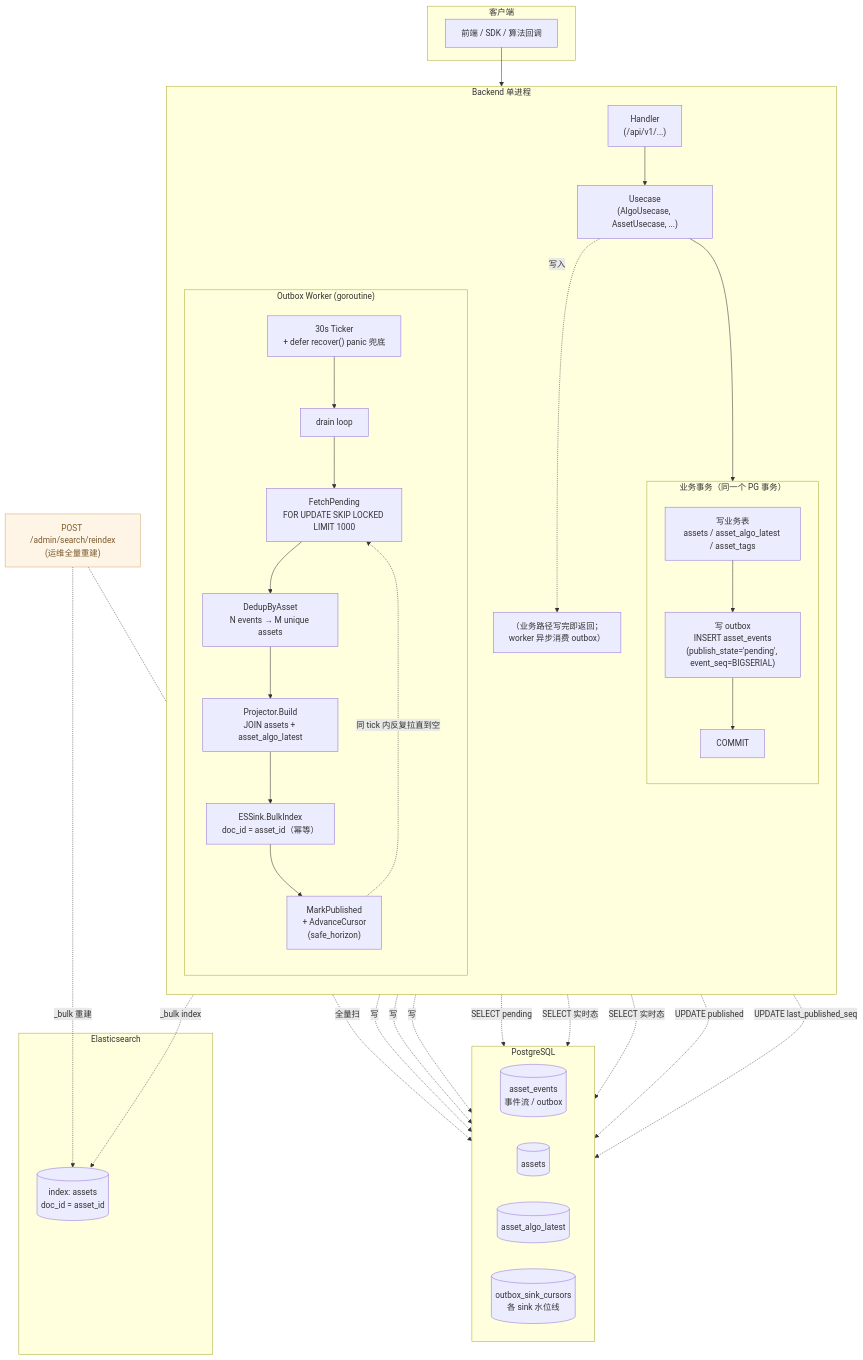
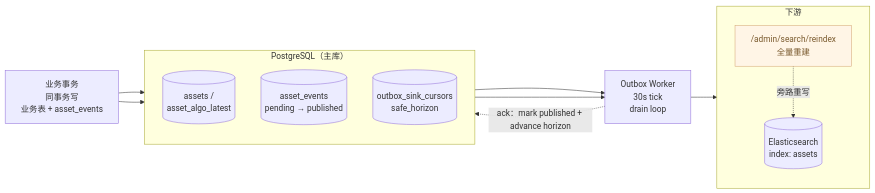
The first of 4 diagrams in docs/review/outbox-worker-design.md (rouse2617/Databricks4robot), drawn with Mermaid before and after one commit. The commit also changed other lines of this file, not shown here.

First line of the commit message:
docs(outbox): trim mermaid diagrams and drop code-path references

````diff
--- a/docs/review/outbox-worker-design.md
+++ b/docs/review/outbox-worker-design.md
@@ -42,65 +42,29 @@
 ```mermaid
-flowchart TB
-    subgraph CLI["客户端"]
-        UI["前端 / SDK / 算法回调"]
+flowchart LR
+    TX["业务事务<br/>同事务写<br/>业务表 + asset_events"]
+
+    subgraph PG["PostgreSQL（主库）"]
+      direction TB
+      AS[("assets /<br/>asset_algo_latest")]
+      AE[("asset_events<br/>pending → published")]
+      OC[("outbox_sink_cursors<br/>safe_horizon")]
     end
 
-    subgraph BE["Backend 单进程"]
-        direction TB
-        H["Handler<br/>(/api/v1/...)"]
-        UC["Usecase<br/>(AlgoUsecase, AssetUsecase, ...)"]
+    WK["Outbox Worker<br/>30s tick<br/>drain loop"]
 
-        subgraph TX["业务事务（同一个 PG 事务）"]
-            direction TB
-            B1["写业务表<br/>assets / asset_algo_latest / asset_tags"]
-            B2["写 outbox<br/>INSERT asset_events<br/>(publish_state='pending', event_seq=BIGSERIAL)"]
-            B3["COMMIT"]
-            B1 --> B2 --> B3
-        end
-
-        subgraph WK["Outbox Worker (goroutine)"]
-            direction TB
-            TK["30s Ticker<br/>+ defer recover() panic 兜底"]
-            DR["drain loop"]
-            FP["FetchPending<br/>FOR UPDATE SKIP LOCKED LIMIT 1000"]
-            DD["DedupByAsset<br/>N events → M unique assets"]
-            PJ["Projector.Build<br/>JOIN assets + asset_algo_latest"]
-            BK["ESSink.BulkIndex<br/>doc_id = asset_id（幂等）"]
-            MK["MarkPublished<br/>+ AdvanceCursor<br/>(safe_horizon)"]
-            TK --> DR --> FP --> DD --> PJ --> BK --> MK
-            MK -. 同 tick 内反复拉直到空 .-> FP
-        end
-
-        H --> UC --> TX
-        UC -. 写入 .-> WK_NOTE
-        WK_NOTE["（业务路径写完即返回；<br/>worker 异步消费 outbox）"]
+    subgraph SK["下游"]
+      direction TB
+      ES[("Elasticsearch<br/>index: assets")]
+      Adm["/admin/search/reindex<br/>全量重建"]:::adm
     end
 
-    subgraph PG_DB["PostgreSQL"]
-        direction LR
-        AE[("asset_events<br/>事件流 / outbox")]
-        AS[("assets")]
-        AL[("asset_algo_latest")]
-        OC[("outbox_sink_cursors<br/>各 sink 水位线")]
-    end
+    TX --> AS
+    TX --> AE
+    AS --> WK
+    AE --> WK
+    WK --> ES
+    WK -. ack：mark published + advance horizon .-> PG
+    Adm -. 旁路重写 .-> ES
 
-    subgraph EXT["Elasticsearch"]
-        ES[("index: assets<br/>doc_id = asset_id")]
-    end
-
-    classDef adminPath fill:#fff5e6,stroke:#d4a574,color:#7a5a2e;
-    Adm["POST /admin/search/reindex<br/>(运维全量重建)"]:::adminPath
-
-    UI --> H
-    B1 -. 写 .-> AS
-    B1 -. 写 .-> AL
-    B2 -. 写 .-> AE
-    FP -. SELECT pending .-> AE
-    PJ -. SELECT 实时态 .-> AS
-    PJ -. SELECT 实时态 .-> AL
-    MK -. UPDATE published .-> AE
-    MK -. UPDATE last_published_seq .-> OC
-    BK -. _bulk index .-> ES
-    Adm -. 全量扫 .-> AS
-    Adm -. _bulk 重建 .-> ES
+    classDef adm fill:#fff5e6,stroke:#d4a574,color:#7a5a2e;
 ```
````
